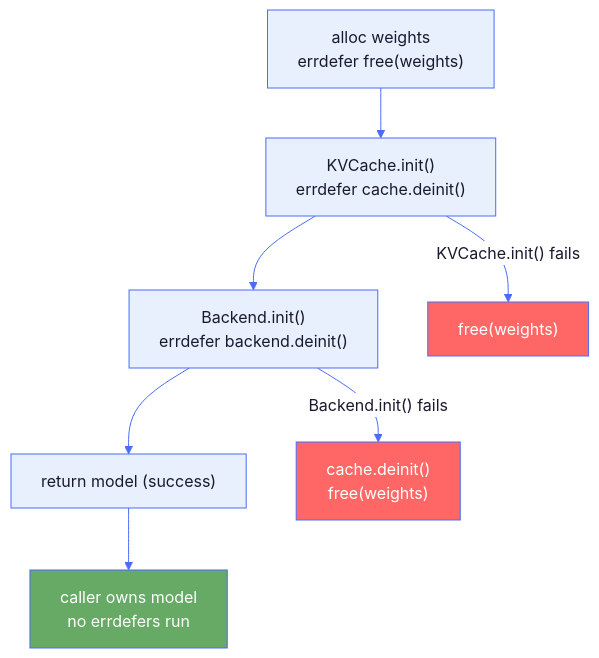
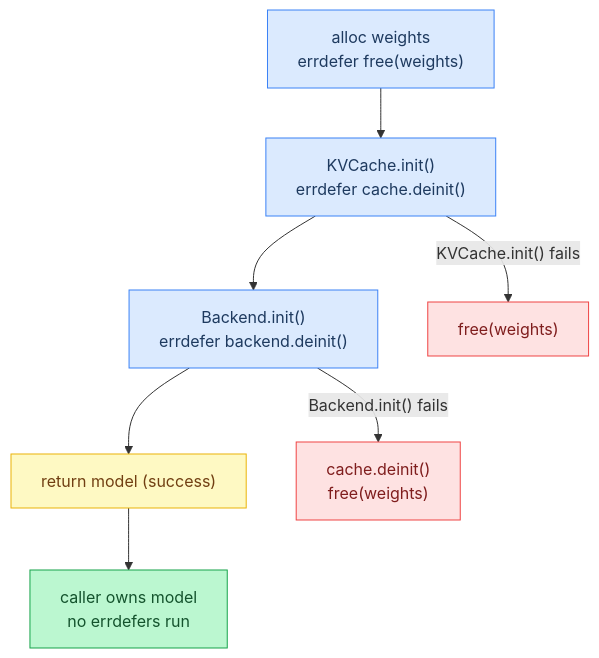
The second of 7 diagrams in docs/tutorial/10-memory-safety.md (maci0/agave), drawn with Mermaid before and after one commit. The commit also changed other lines of this file and 24 other files, not shown here.

First line of the commit message:
docs: convert all mermaid diagrams to classDef semantic colors

````diff
--- a/docs/tutorial/10-memory-safety.md
+++ b/docs/tutorial/10-memory-safety.md
@@ -89,28 +89,24 @@
 ```mermaid
-%%{init: {'theme': 'base', 'themeVariables': {
-  'primaryColor': '#e8f0fe',
-  'primaryTextColor': '#1a1a2e',
-  'primaryBorderColor': '#4a6cf7',
-  'lineColor': '#4a6cf7',
-  'secondaryColor': '#f0f4ff',
-  'tertiaryColor': '#f8f9ff',
-  'edgeLabelBackground': '#ffffff',
-  'clusterBkg': '#f0f4ff',
-  'clusterBorder': '#4a6cf7',
-  'titleColor': '#1a1a2e',
-  'nodeTextColor': '#1a1a2e',
-  'fontFamily': 'ui-monospace, SFMono-Regular, monospace'
-}}}%%
 flowchart TD
-    A["alloc weights\nerrdefer free(weights)"] --> B["KVCache.init()\nerrdefer cache.deinit()"]
-    B --> C["Backend.init()\nerrdefer backend.deinit()"]
-    C --> D["return model  (success)"]
+    classDef setup     fill:#dbeafe,stroke:#3b82f6,color:#1e3a5f
+    classDef sync      fill:#dcfce7,stroke:#22c55e,color:#14532d
+    classDef migration fill:#fef9c3,stroke:#eab308,color:#713f12
+    classDef success   fill:#bbf7d0,stroke:#16a34a,color:#14532d
+    classDef danger    fill:#fee2e2,stroke:#ef4444,color:#7f1d1d
+    classDef optional  fill:#f3e8ff,stroke:#9333ea,color:#581c87
 
-    B -- "KVCache.init() fails" --> E["free(weights)"]
-    C -- "Backend.init() fails" --> F["cache.deinit()\nfree(weights)"]
-    D --> G["caller owns model\nno errdefers run"]
+    A["alloc weights\nerrdefer free(weights)"]:::setup
+    B["KVCache.init()\nerrdefer cache.deinit()"]:::setup
+    C["Backend.init()\nerrdefer backend.deinit()"]:::setup
+    D["return model  (success)"]:::migration
+    E["free(weights)"]:::danger
+    F["cache.deinit()\nfree(weights)"]:::danger
+    G["caller owns model\nno errdefers run"]:::success
 
-    style E fill:#f66,color:#fff
-    style F fill:#f66,color:#fff
-    style G fill:#6a6,color:#fff
+    A --> B
+    B --> C
+    C --> D
+    B -- "KVCache.init() fails" --> E
+    C -- "Backend.init() fails" --> F
+    D --> G
 ```
````
